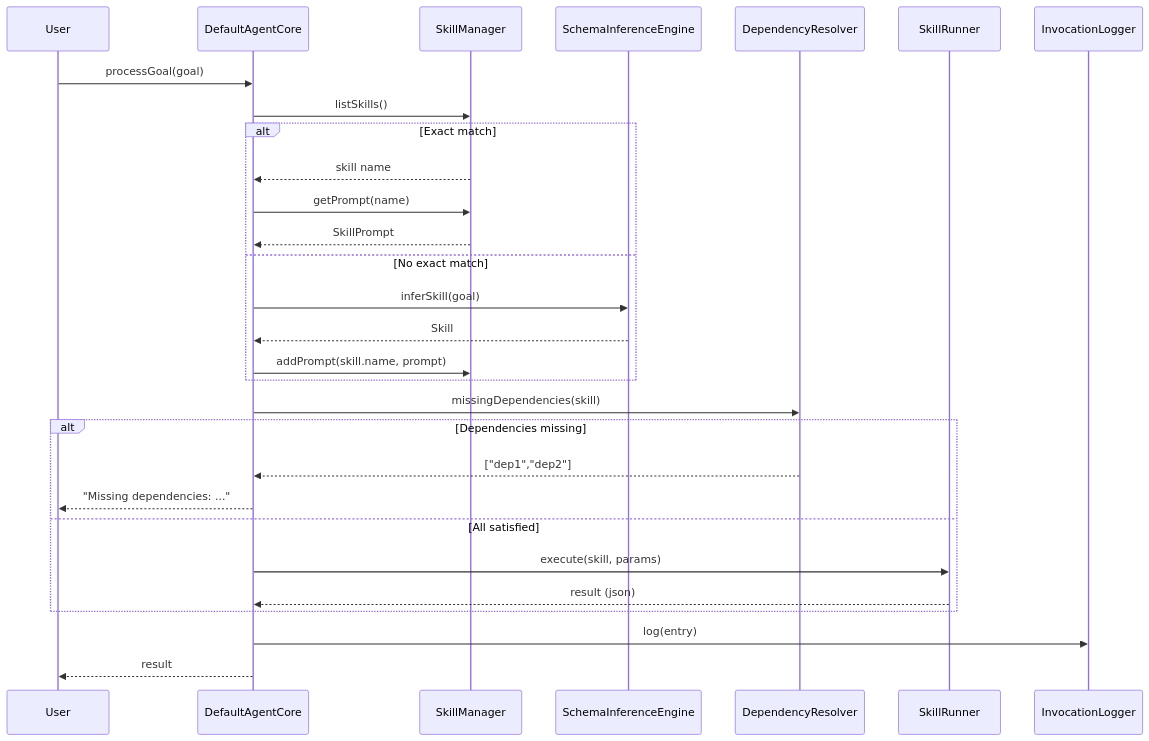
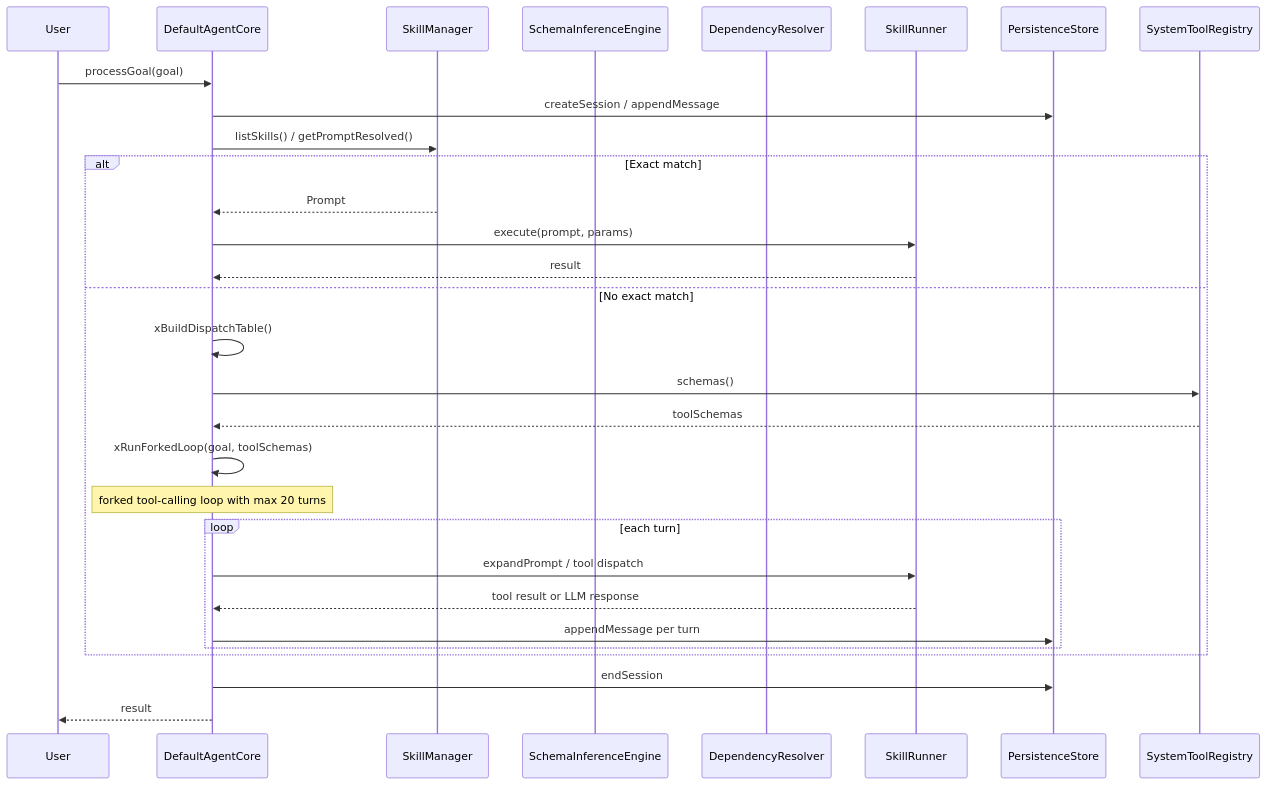
Before and after one commit to opensassi/a0: the second of 2 diagrams in src/agent_core.spec.md, drawn with Mermaid. The commit also changed other lines of this file and 28 other files, not shown here.

````diff
--- a/src/agent_core.spec.md
+++ b/src/agent_core.spec.md
@@ -90,32 +106,33 @@
 ```mermaid
 sequenceDiagram
     participant U as User
     participant AC as DefaultAgentCore
     participant SM as SkillManager
     participant SIE as SchemaInferenceEngine
     participant DR as DependencyResolver
     participant SR as SkillRunner
-    participant IL as InvocationLogger
+    participant PS as PersistenceStore
+    participant ST as SystemToolRegistry
 
     U->>AC: processGoal(goal)
-    AC->>SM: listSkills()
+    AC->>PS: createSession / appendMessage
+    AC->>SM: listSkills() / getPromptResolved()
     alt Exact match
-        SM-->>AC: skill name
-        AC->>SM: getPrompt(name)
-        SM-->>AC: SkillPrompt
+        SM-->>AC: Prompt
+        AC->>SR: execute(prompt, params)
+        SR-->>AC: result
     else No exact match
-        AC->>SIE: inferSkill(goal)
-        SIE-->>AC: Skill
-        AC->>SM: addPrompt(skill.name, prompt)
+        AC->>AC: xBuildDispatchTable()
+        AC->>ST: schemas()
+        ST-->>AC: toolSchemas
+        AC->>AC: xRunForkedLoop(goal, toolSchemas)
+        Note over AC: forked tool-calling loop with max 20 turns
+        loop each turn
+            AC->>SR: expandPrompt / tool dispatch
+            SR-->>AC: tool result or LLM response
+            AC->>PS: appendMessage per turn
+        end
     end
-    AC->>DR: missingDependencies(skill)
-    alt Dependencies missing
-        DR-->>AC: ["dep1","dep2"]
-        AC-->>U: "Missing dependencies: ..."
-    else All satisfied
-        AC->>SR: execute(skill, params)
-        SR-->>AC: result (json)
-    end
-    AC->>IL: log(entry)
+    AC->>PS: endSession
     AC-->>U: result
 ```
````
